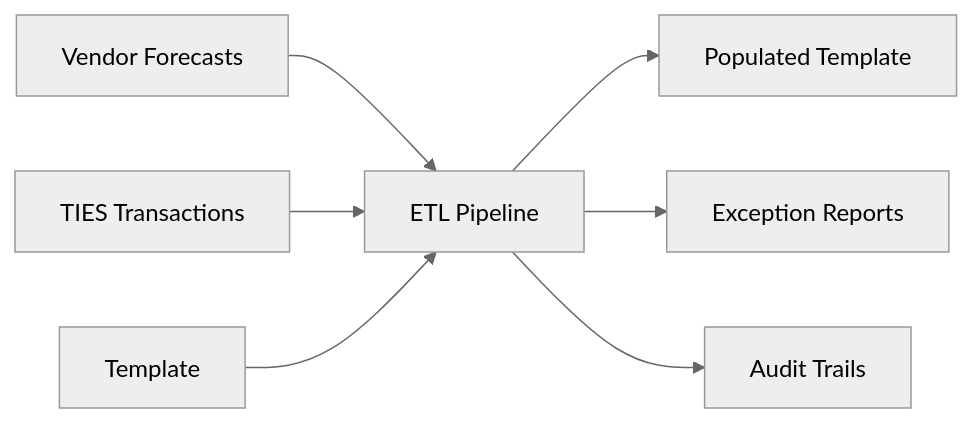
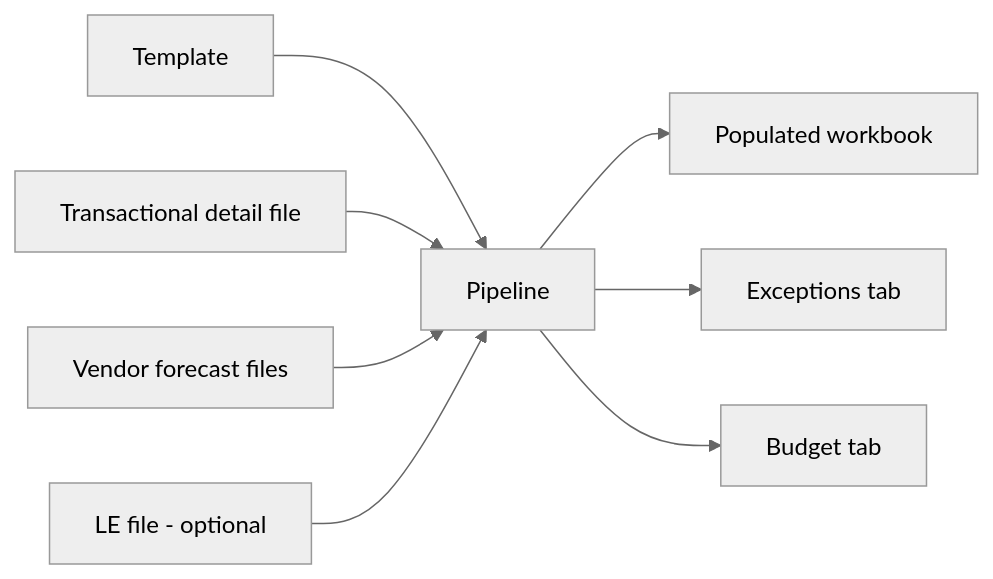
One commit to pfizer-maryoelkers/financial-automation-project changed the diagram in README.md. Above: the diagram before and after it, drawn with Mermaid (neutral theme). The commit also changed other lines of this file and 6 other files, not shown here.

````diff
--- a/README.md
+++ b/README.md
@@ -35,9 +29,10 @@
 ```mermaid
 graph LR
-    A[Vendor Forecasts] --> D[ETL Pipeline]
-    B[TIES Transactions] --> D
-    C[Template] --> D
-    D --> E[Populated Template]
-    D --> F[Exception Reports]
-    D --> G[Audit Trails]
+    A[Template] --> P[Pipeline]
+    B[Transactional detail file] --> P
+    C[Vendor forecast files] --> P
+    D[LE file - optional] --> P
+    P --> E[Populated workbook]
+    P --> F[Exceptions tab]
+    P --> G[Budget tab]
 ```
````
